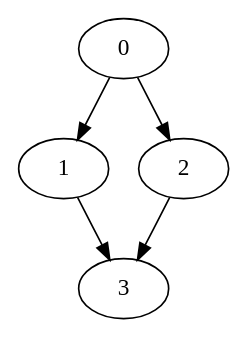
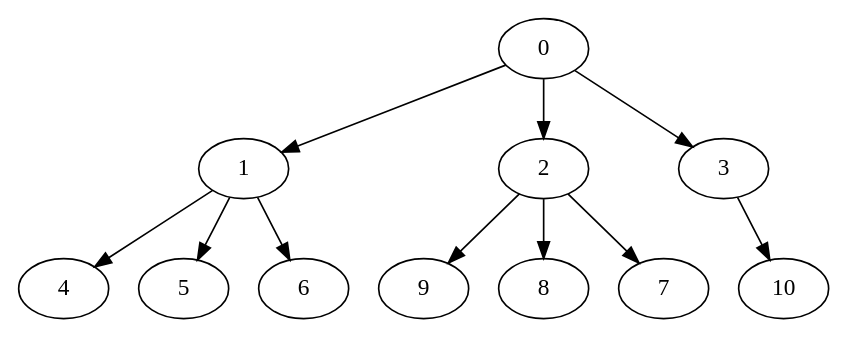
Before and after one commit to dder725/ProcessScheduler: the diagram in INPUT-output.dot, drawn with Graphviz. The commit also changed 5 other files, not shown here.

```diff
--- a/INPUT-output.dot
+++ b/INPUT-output.dot
@@ -1,11 +1,24 @@
 digraph " Output " {
-0           [Weight=2,Start=0,Processor=0];
-0 -> 1      [Weight = 2];
-0 -> 2      [Weight = 1];
-2           [Weight=3,Start=2,Processor=0];
-2 -> 3      [Weight = 1];
-1           [Weight=2,Start=4,Processor=1];
-1 -> 3      [Weight = 3];
-3           [Weight=2,Start=6,Processor=1];
+0           [Weight=50,Start=0,Processor=0];
+0 -> 1      [Weight = 9];
+0 -> 2      [Weight = 7];
+0 -> 3      [Weight = 4];
+1           [Weight=70,Start=50,Processor=0];
+1 -> 4      [Weight = 10];
+1 -> 5      [Weight = 7];
+1 -> 6      [Weight = 5];
+4           [Weight=40,Start=120,Processor=0];
+5           [Weight=20,Start=160,Processor=0];
+10           [Weight=20,Start=180,Processor=0];
+3           [Weight=100,Start=54,Processor=1];
+3 -> 10      [Weight = 4];
+9           [Weight=20,Start=157,Processor=1];
+8           [Weight=50,Start=177,Processor=1];
+6           [Weight=100,Start=125,Processor=2];
+2           [Weight=90,Start=57,Processor=3];
+2 -> 7      [Weight = 5];
+2 -> 8      [Weight = 3];
+2 -> 9      [Weight = 10];
+7           [Weight=80,Start=147,Processor=3];
 
 }
```
